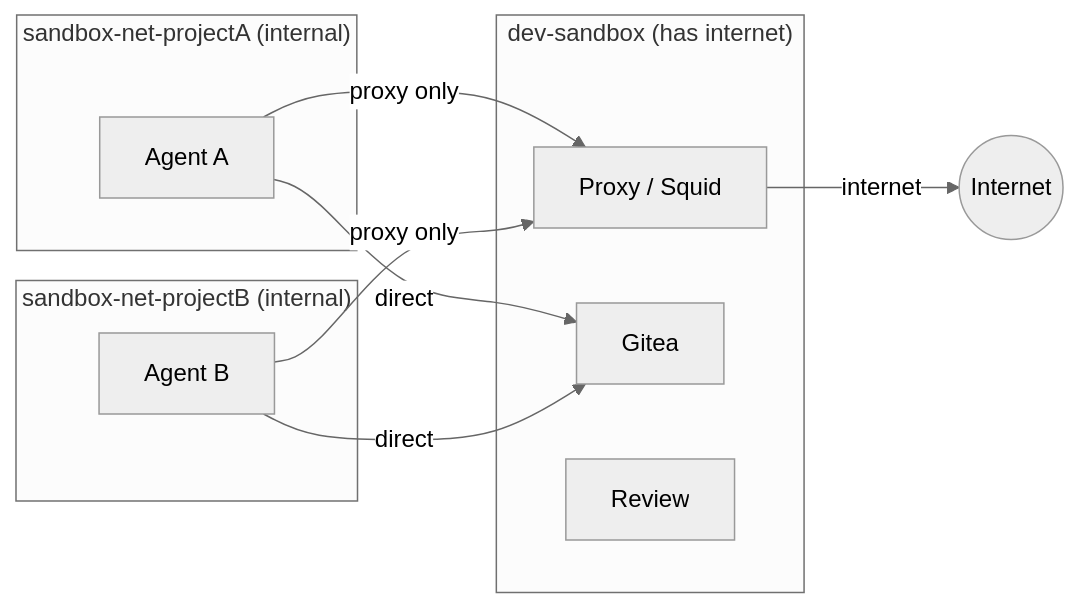
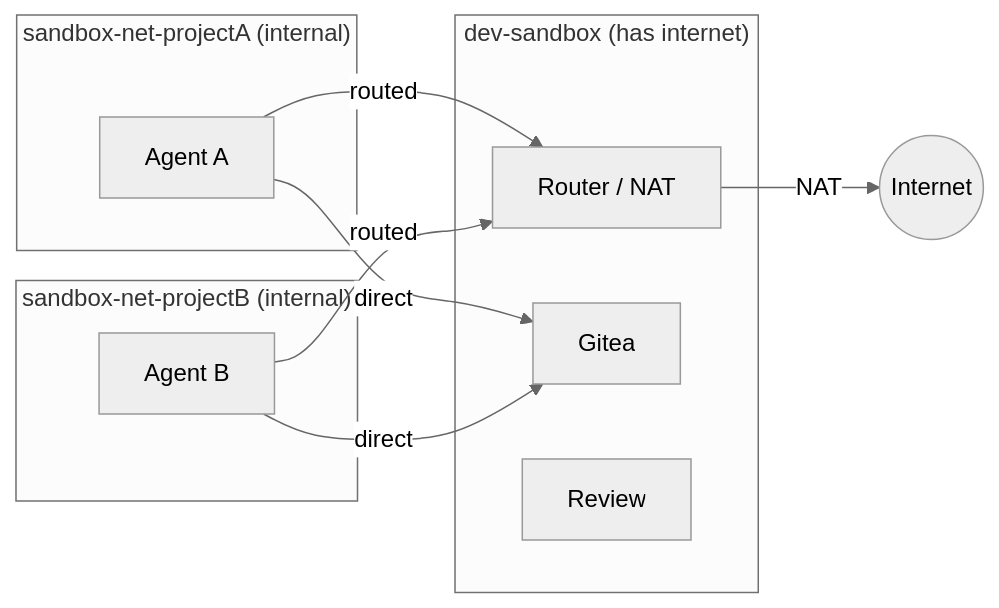
Before and after one commit to joaopn/agentic-dev-sandbox: the second of 2 diagrams in README.md, drawn with Mermaid (neutral theme). The commit also changed other lines of this file and 12 other files, not shown here.

Commit message:
BREAKING CHANGE: replace squid proxy with NAT router - squid was restrictive and required manual whitelisting for basic functionality (e.g. package install). NAT router is cleaner.

````diff
--- a/README.md
+++ b/README.md
@@ -122,18 +219,18 @@
 ```mermaid
 graph LR
     subgraph net-A ["sandbox-net-projectA (internal)"]
         AgentA[Agent A]
     end
     subgraph net-B ["sandbox-net-projectB (internal)"]
         AgentB[Agent B]
     end
     subgraph dev-sandbox ["dev-sandbox (has internet)"]
-        Proxy[Proxy / Squid]
+        Router[Router / NAT]
         Gitea
         Review
     end
-    AgentA -->|proxy only| Proxy -->|internet| Web((Internet))
+    AgentA -->|routed| Router -->|NAT| Web((Internet))
     AgentA -->|direct| Gitea
-    AgentB -->|proxy only| Proxy
+    AgentB -->|routed| Router
     AgentB -->|direct| Gitea
 ```
````
